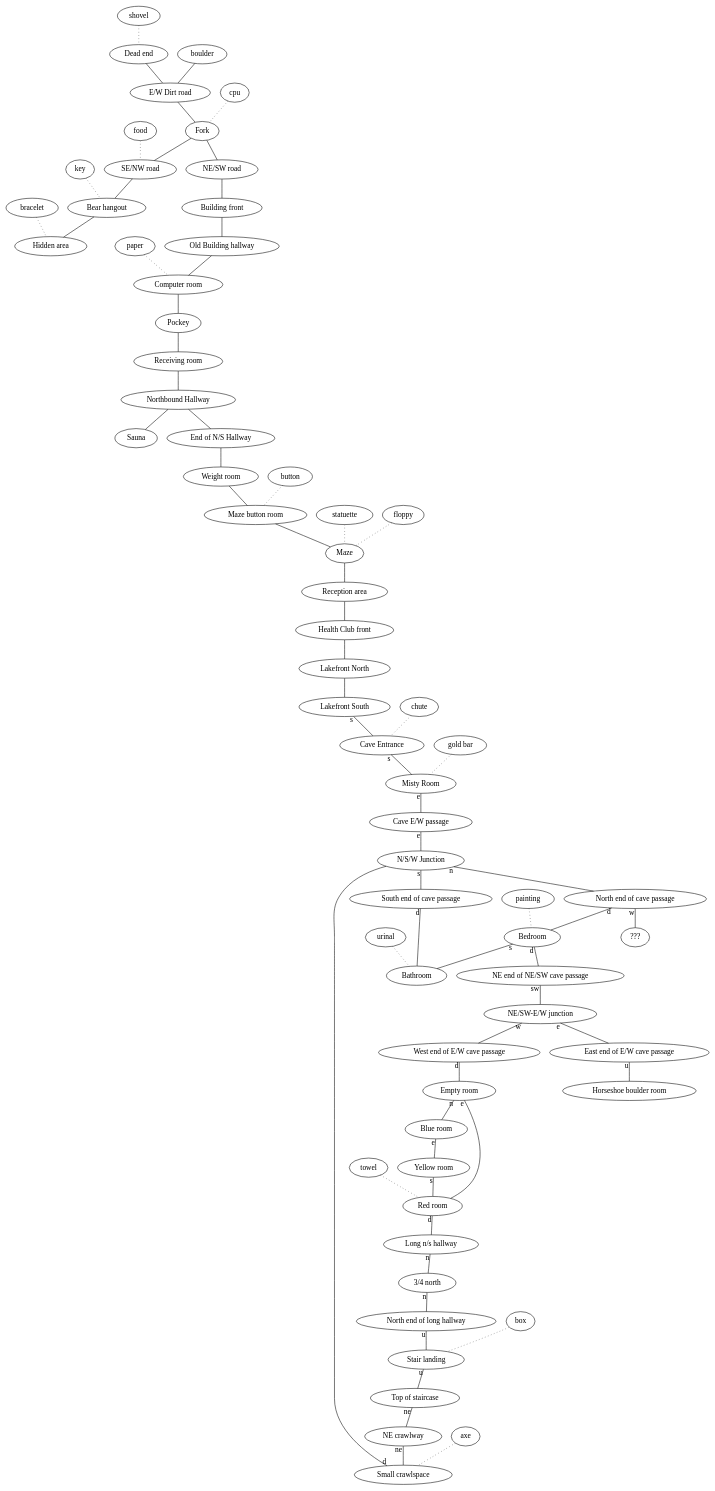
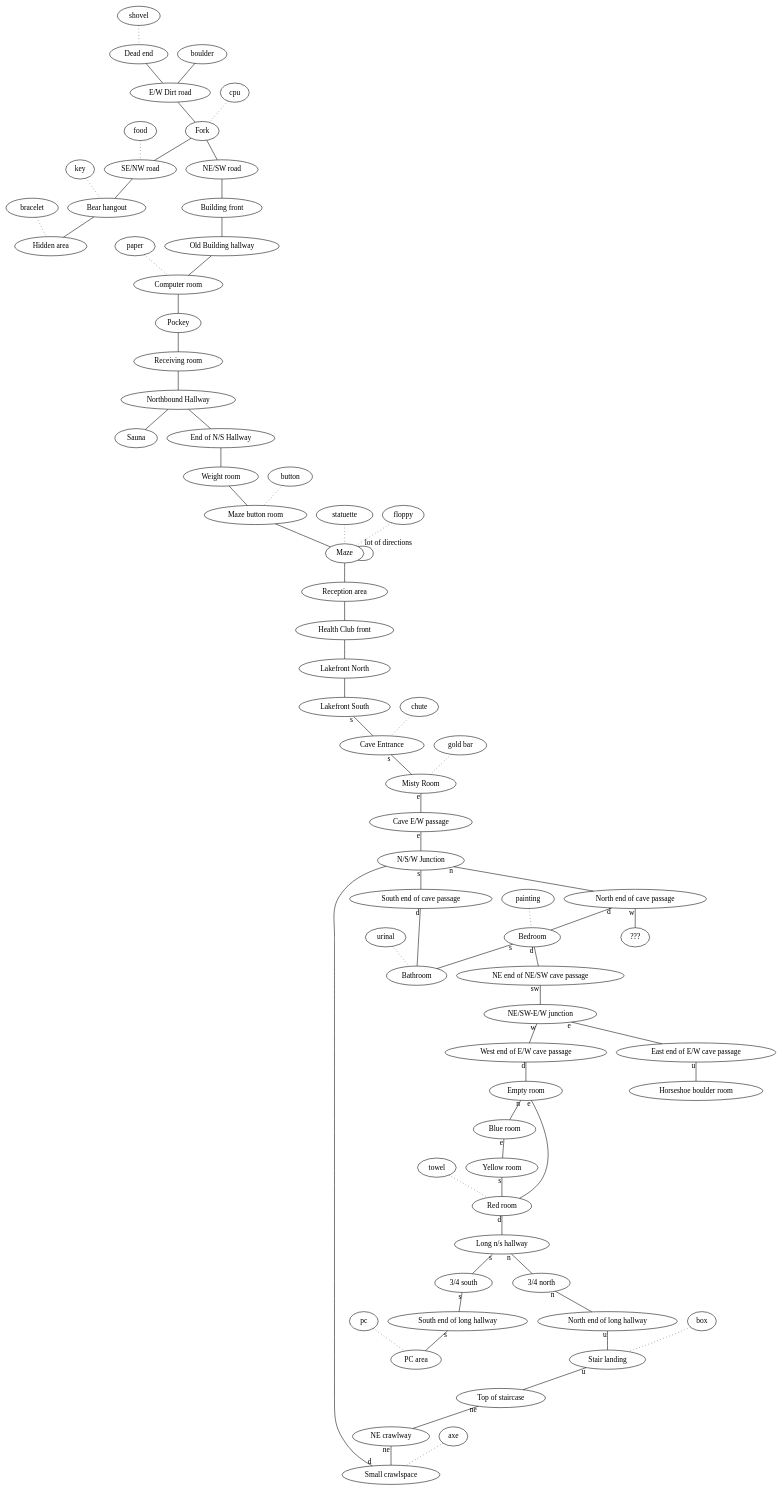
The diagram in dunnet.org (alvarogonzalezsotillo/.emacs.d), drawn with Graphviz before and after one commit. The commit also changed other lines of this file and 2 other files, not shown here.

```diff
--- a/dunnet.org
+++ b/dunnet.org
@@ -31,6 +31,7 @@
   "Maze button room" -> "Maze"
   "statuette" -> "Maze" [style="dotted"]
   "floppy" -> "Maze" [style="dotted"]
+  "Maze" -> "Maze" [taillabel="lot of directions"]
   "Maze" -> "Reception area"
   "Reception area" -> "Health Club front"
   "Health Club front" -> "Lakefront North"
@@ -70,7 +71,10 @@
   "NE crawlway" -> "Small crawlspace" [taillabel="ne"]
   "axe" -> "Small crawlspace" [style="dotted"]
   "Small crawlspace" -> "N/S/W Junction" [taillabel="d"]
-
+  "Long n/s hallway" -> "3/4 south" [taillabel="s"]
+  "3/4 south" -> "South end of long hallway" [taillabel="s"]
+  "South end of long hallway" -> "PC area" [taillabel="s"]
+  "pc" -> "PC area" [style="dotted"]
 
   
 
```
